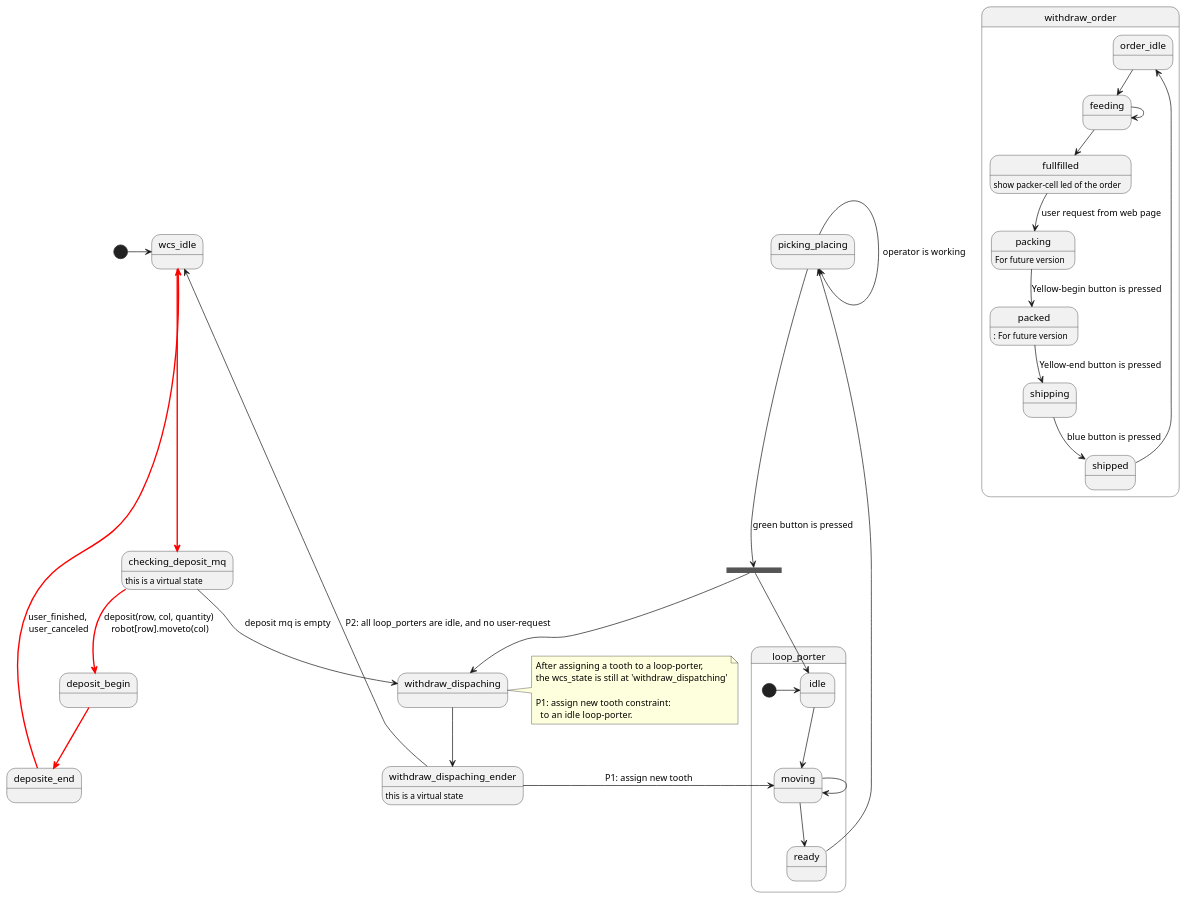
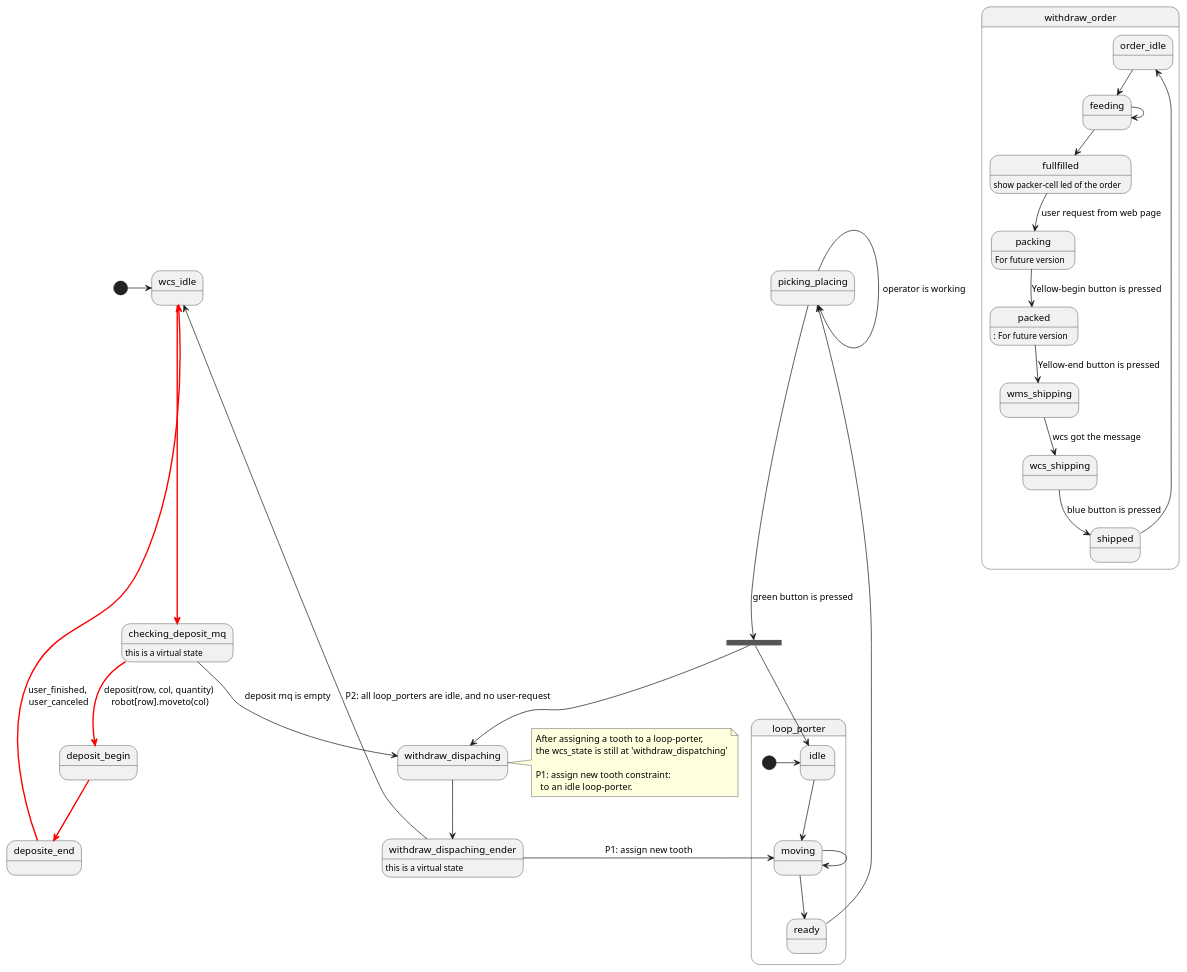
The diagram in apps/twh2/docs/wcs_state_machine.puml (voicevon/gobot_front), drawn with PlantUML before and after one commit. The commit also changed 6 other files, not shown here.

Commit message:
wms shipping and wcs shipping

```diff
--- a/apps/twh2/docs/wcs_state_machine.puml
+++ b/apps/twh2/docs/wcs_state_machine.puml
@@ -1,54 +1,55 @@
 @startuml
 [*] -> wcs_idle
 
 wcs_idle-[#red,bold]-> checking_deposit_mq
 checking_deposit_mq -[#red,bold]-> deposit_begin: deposit(row, col, quantity) \nrobot[row].moveto(col)
 deposit_begin -[#red,bold]-> deposite_end
 deposite_end -[#red,bold]->wcs_idle: user_finished, \nuser_canceled
 
 checking_deposit_mq --> withdraw_dispaching: deposit mq is empty
 checking_deposit_mq: this is a virtual state
   state loop_porter {
     [*] -> idle 
     idle --> moving
     moving -> moving
     moving --> ready
   }
   
 ' checking_withdraw_request --> moving
 state ending <<fork>>
 ready-->picking_placing
 picking_placing -> picking_placing: operator is working
 picking_placing --> ending:  green button is pressed
 ending --> idle
 ending --> withdraw_dispaching
 withdraw_dispaching --> withdraw_dispaching_ender
 withdraw_dispaching_ender --> moving: P1: assign new tooth
 withdraw_dispaching_ender -->  wcs_idle:  P2: all loop_porters are idle, and no user-request
 withdraw_dispaching_ender: this is a virtual state
 ' checking_withdraw_request --> wcs_idle: request is empty
 ' checking_withdraw_request --> withdraw_begin: withdraw(list(row,col))
 ' withdraw_begin -->  withdraw_end: green button is pressed
 
 note right of withdraw_dispaching
   After assigning a tooth to a loop-porter, 
   the wcs_state is still at 'withdraw_dispatching'
 
   P1: assign new tooth constraint: 
     to an idle loop-porter.
 end note
 
 state withdraw_order{
   order_idle --> feeding
   feeding --> feeding
   feeding --> fullfilled
   fullfilled --> packing: user request from web page
   packing --> packed: Yellow-begin button is pressed
-  packed --> shipping: Yellow-end button is pressed
-  shipping --> shipped: blue button is pressed
+  packed --> wms_shipping: Yellow-end button is pressed
+  wms_shipping --> wcs_shipping: wcs got the message
+  wcs_shipping --> shipped: blue button is pressed
   shipped --> order_idle
   packing: For future version
   packed:: For future version
   fullfilled: show packer-cell led of the order
 }
 @enduml
```
